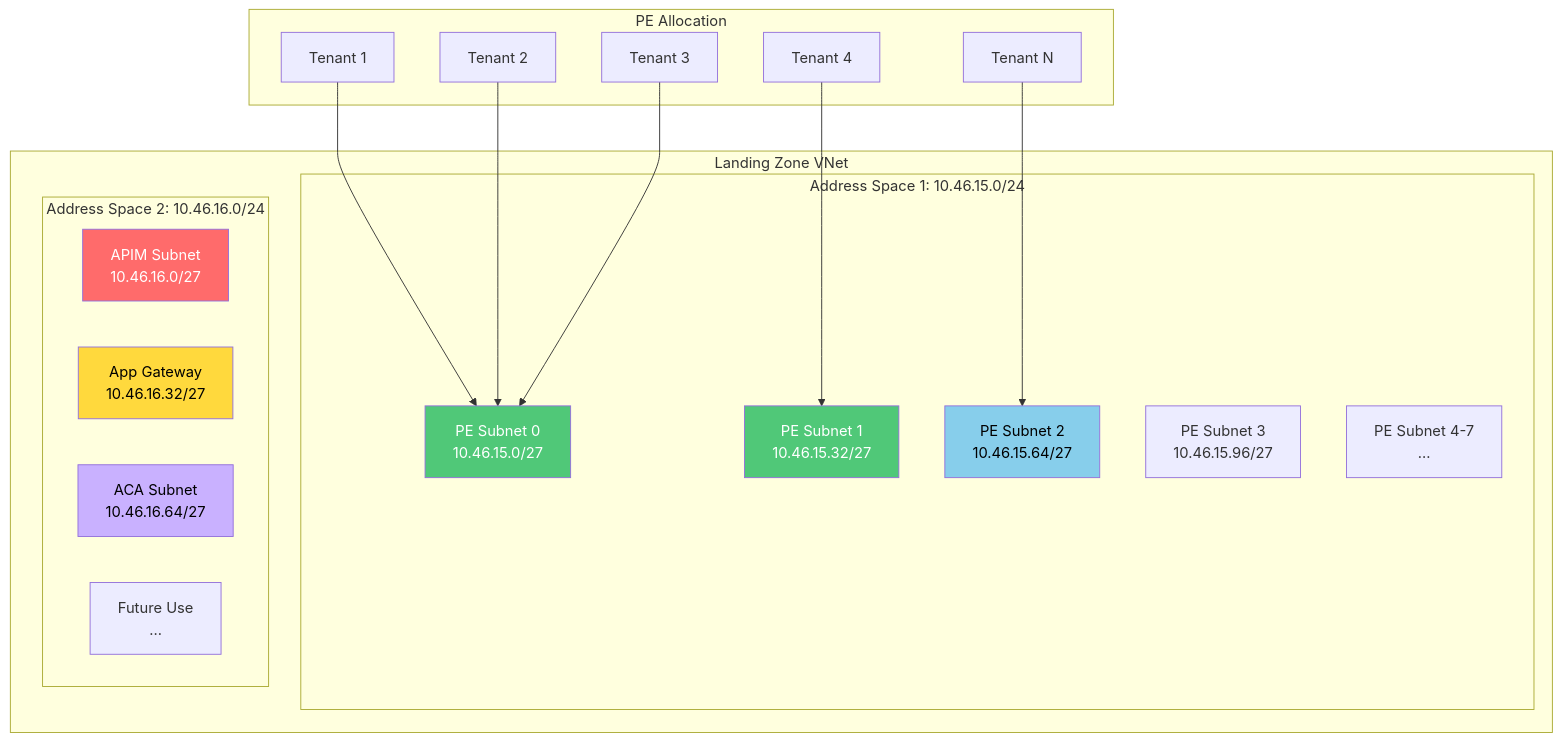
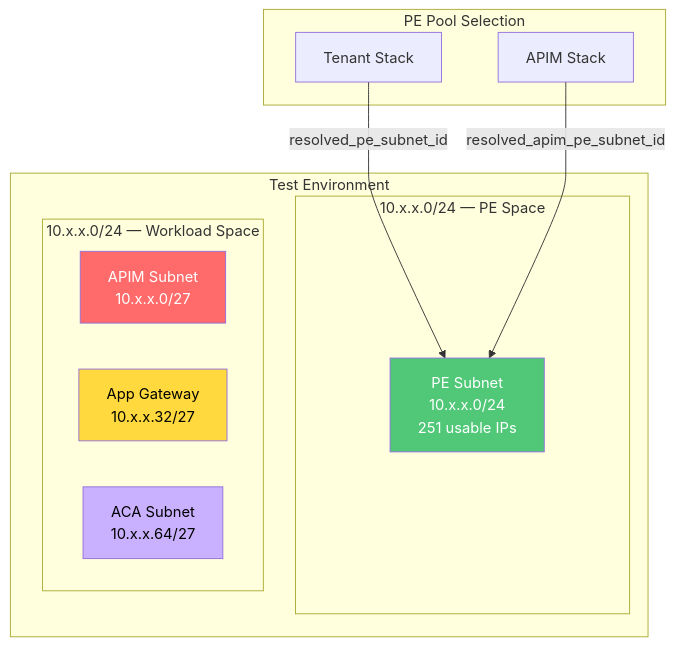
Before and after one commit to bcgov/ai-hub-tracking: the third of 11 diagrams in infra-ai-hub/README.md, drawn with Mermaid. The commit also changed other lines of this file and 42 other files, not shown here.

````diff
--- a/infra-ai-hub/README.md
+++ b/infra-ai-hub/README.md
@@ -142,34 +142,24 @@
 ```mermaid
 flowchart TB
-    subgraph "Landing Zone VNet"
-        subgraph "Address Space 1: 10.46.15.0/24"
-            PE1[PE Subnet 0<br/>10.46.15.0/27]
-            PE2[PE Subnet 1<br/>10.46.15.32/27]
-            PE3[PE Subnet 2<br/>10.46.15.64/27]
-            PE4[PE Subnet 3<br/>10.46.15.96/27]
-            PE5[PE Subnet 4-7<br/>...]
+    subgraph "Test Environment"
+        subgraph "10.x.x.0/24 — PE Space"
+            PE[PE Subnet<br/>10.x.x.0/24<br/>251 usable IPs]
         end
         
-        subgraph "Address Space 2: 10.46.16.0/24"
-            APIM[APIM Subnet<br/>10.46.16.0/27]
-            APPGW[App Gateway<br/>10.46.16.32/27]
-            ACA[ACA Subnet<br/>10.46.16.64/27]
-            FUTURE[Future Use<br/>...]
+        subgraph "10.x.x.0/24 — Workload Space"
+            APIM[APIM Subnet<br/>10.x.x.0/27]
+            APPGW[App Gateway<br/>10.x.x.32/27]
+            ACA[ACA Subnet<br/>10.x.x.64/27]
         end
     end
     
-    subgraph "PE Allocation"
-        T1[Tenant 1] --> PE1
-        T2[Tenant 2] --> PE1
-        T3[Tenant 3] --> PE1
-        T4[Tenant 4] --> PE2
-        TN[Tenant N] --> PE3
+    subgraph "PE Pool Selection"
+        TENANT[Tenant Stack] -->|resolved_pe_subnet_id| PE
+        APIMSTACK[APIM Stack] -->|resolved_apim_pe_subnet_id| PE
     end
     
-    style PE1 fill:#50c878,color:#fff
-    style PE2 fill:#50c878,color:#fff
-    style PE3 fill:#87ceeb,color:#000
+    style PE fill:#50c878,color:#fff
     style APIM fill:#ff6b6b,color:#fff
     style APPGW fill:#ffd93d,color:#000
     style ACA fill:#c9b1ff,color:#000
 ```
````
